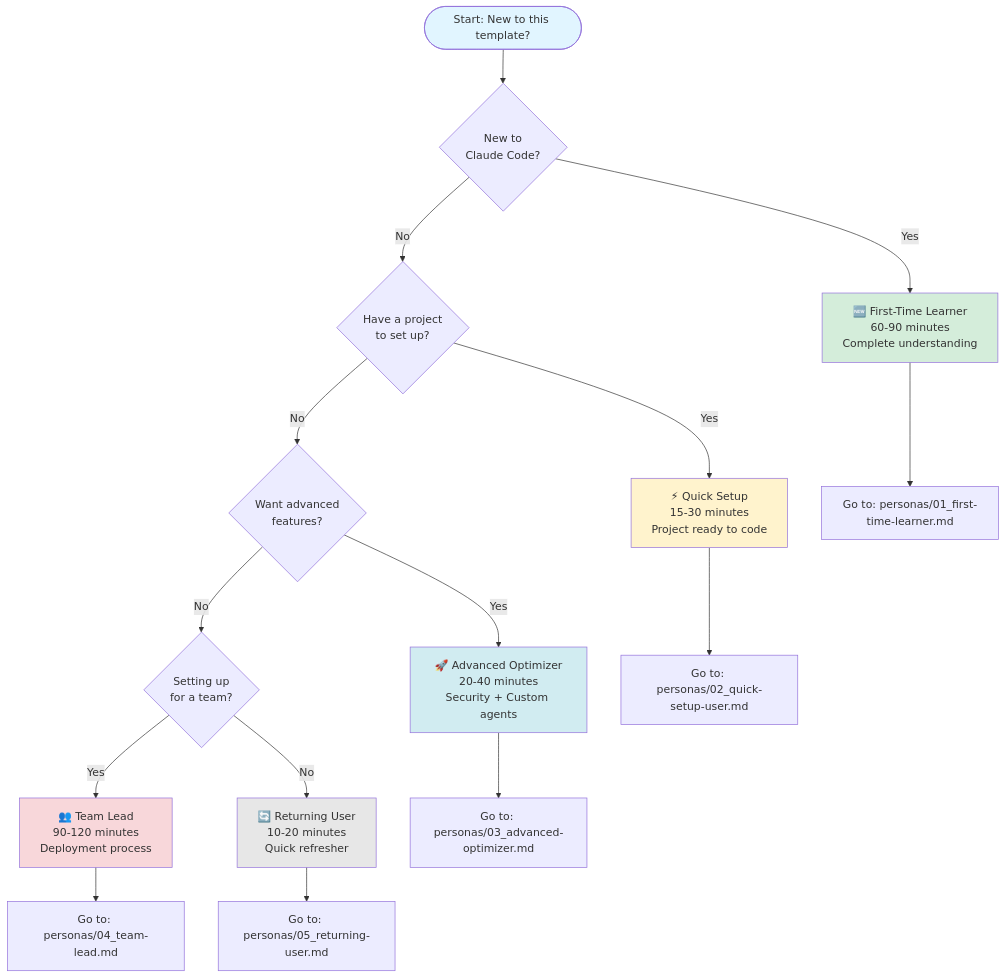
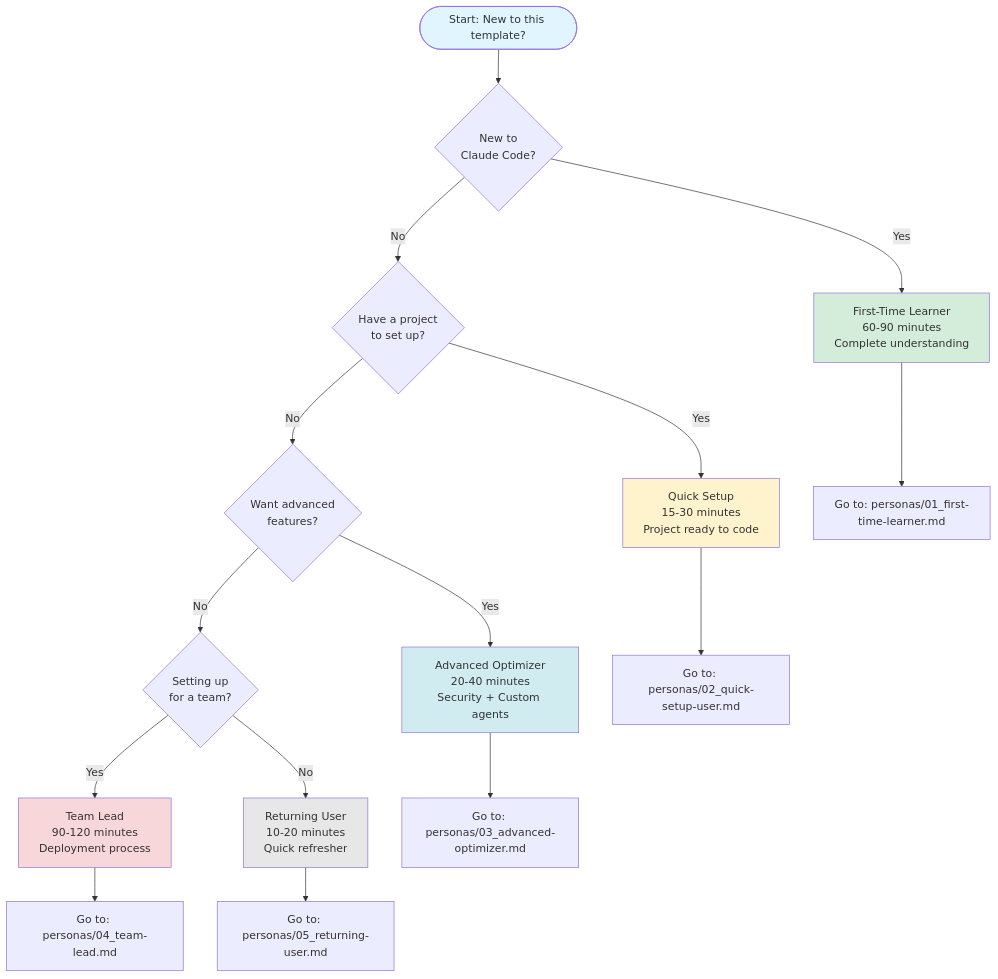
Before and after one commit to christianearle01/claude-config-template: the diagram in docs/00-start-here/07_visual-quickstart.md, drawn with Mermaid. The commit also changed other lines of this file and 9 other files, not shown here.

First line of the commit message:
docs: Fix broken links and Mermaid rendering (Week 1 - v4.9.1)

````diff
--- a/docs/00-start-here/07_visual-quickstart.md
+++ b/docs/00-start-here/07_visual-quickstart.md
@@ -17,29 +17,29 @@
 ```mermaid
 flowchart TD
     Start([Start: New to this template?]) --> Q1{New to<br/>Claude Code?}
 
-    Q1 -->|Yes| FirstTime[🆕 First-Time Learner<br/>60-90 minutes<br/>Complete understanding]
+    Q1 -->|Yes| FirstTime["First-Time Learner<br/>60-90 minutes<br/>Complete understanding"]
     Q1 -->|No| Q2{Have a project<br/>to set up?}
 
-    Q2 -->|Yes| QuickSetup[⚡ Quick Setup<br/>15-30 minutes<br/>Project ready to code]
+    Q2 -->|Yes| QuickSetup["Quick Setup<br/>15-30 minutes<br/>Project ready to code"]
     Q2 -->|No| Q3{Want advanced<br/>features?}
 
-    Q3 -->|Yes| Advanced[🚀 Advanced Optimizer<br/>20-40 minutes<br/>Security + Custom agents]
+    Q3 -->|Yes| Advanced["Advanced Optimizer<br/>20-40 minutes<br/>Security + Custom agents"]
     Q3 -->|No| Q4{Setting up<br/>for a team?}
 
-    Q4 -->|Yes| TeamLead[👥 Team Lead<br/>90-120 minutes<br/>Deployment process]
-    Q4 -->|No| Returning[🔄 Returning User<br/>10-20 minutes<br/>Quick refresher]
+    Q4 -->|Yes| TeamLead["Team Lead<br/>90-120 minutes<br/>Deployment process"]
+    Q4 -->|No| Returning["Returning User<br/>10-20 minutes<br/>Quick refresher"]
 
     FirstTime --> Path1["Go to: personas/01_first-time-learner.md"]
     QuickSetup --> Path2["Go to: personas/02_quick-setup-user.md"]
     Advanced --> Path3["Go to: personas/03_advanced-optimizer.md"]
     TeamLead --> Path4["Go to: personas/04_team-lead.md"]
     Returning --> Path5["Go to: personas/05_returning-user.md"]
 
     style Start fill:#e1f5ff
     style FirstTime fill:#d4edda
     style QuickSetup fill:#fff3cd
     style Advanced fill:#d1ecf1
     style TeamLead fill:#f8d7da
     style Returning fill:#e7e7e7
 ```
````
